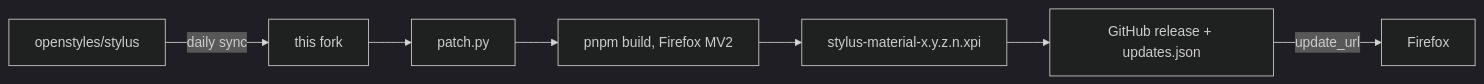
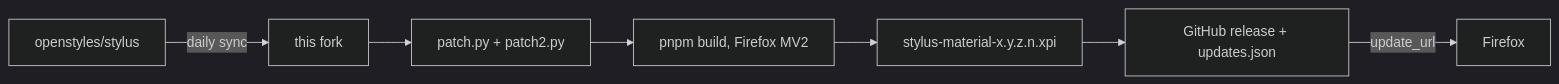
The diagram in README.md (BlazeFTL/StylusMaterial), drawn with Mermaid (dark theme) before and after one commit. The commit also changed other lines of this file, not shown here.

````diff
--- a/README.md
+++ b/README.md
@@ -134,9 +149,9 @@
 ```mermaid
 flowchart LR
   A["openstyles/stylus"] -->|"daily sync"| B["this fork"]
-  B --> C["patch.py"]
+  B --> C["patch.py + patch2.py"]
   C --> D["pnpm build, Firefox MV2"]
   D --> E["stylus-material-x.y.z.n.xpi"]
   E --> F["GitHub release + updates.json"]
   F -->|"update_url"| G["Firefox"]
 ```
````
